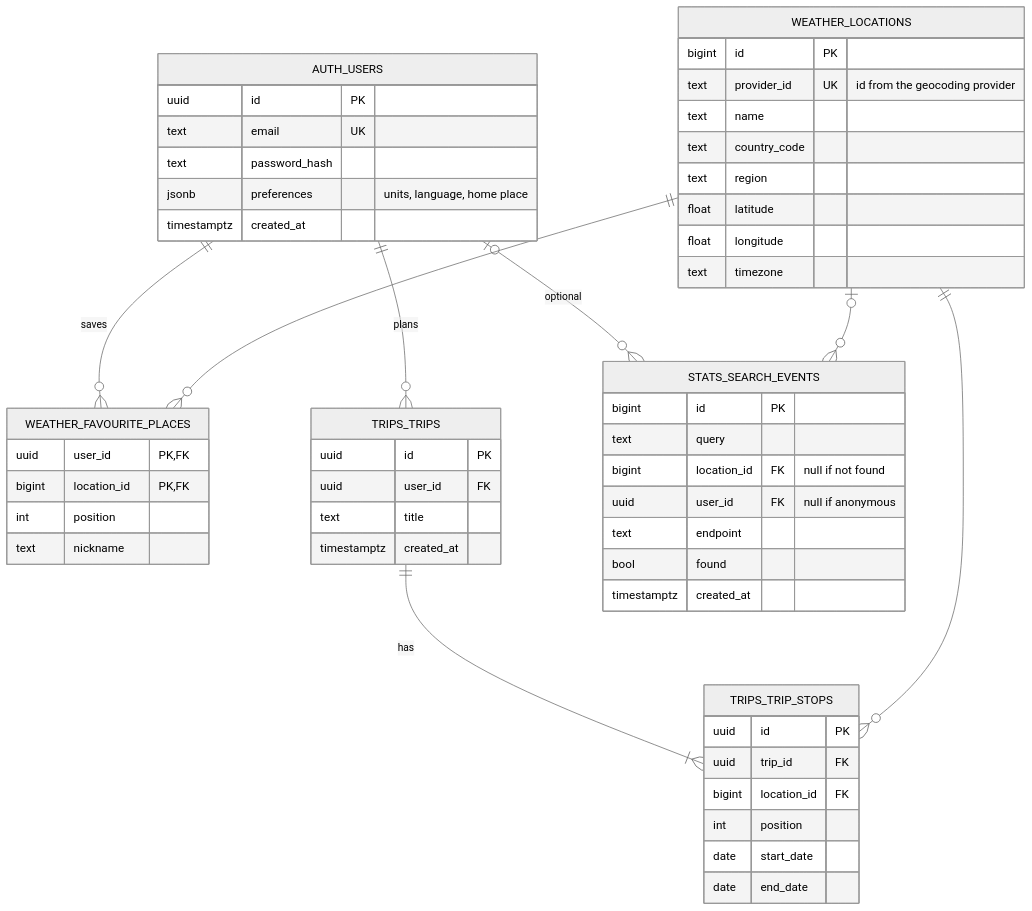
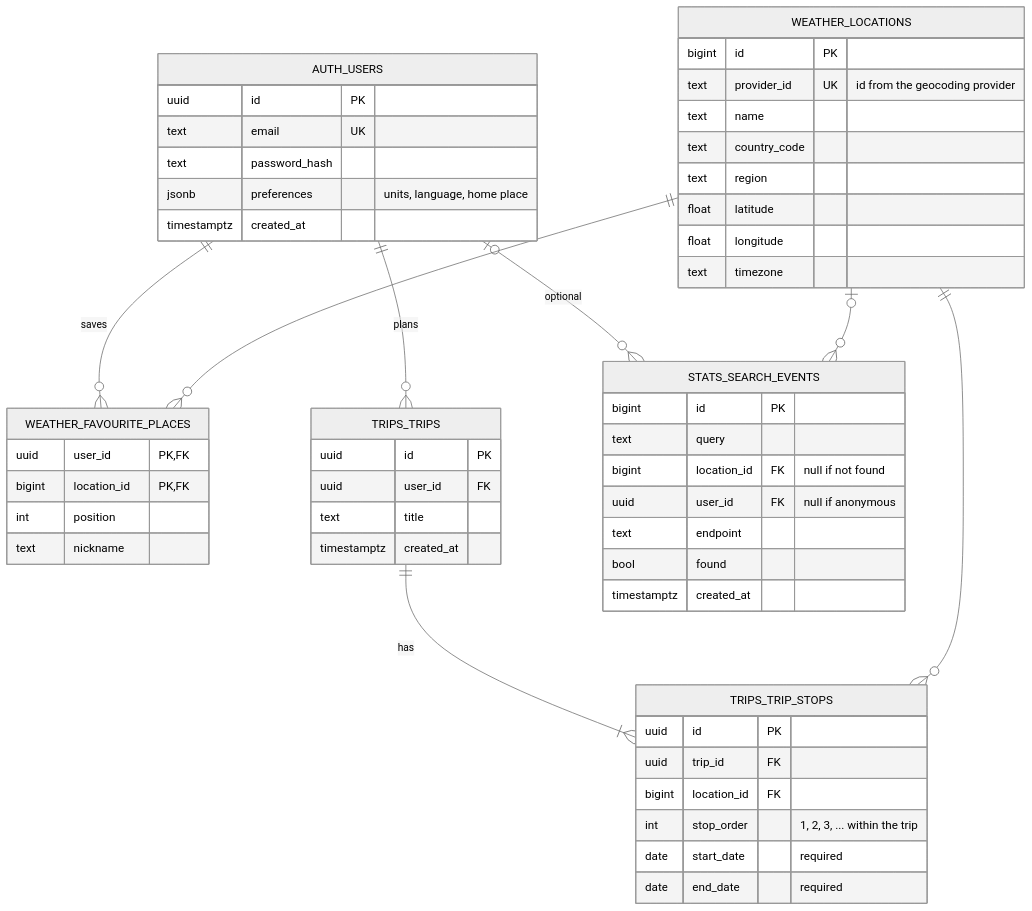
The seventh of 9 diagrams in ARCHITECTURE.md (loktiyur/weather_forecaster), drawn with Mermaid (neutral theme) before and after one commit. The commit also changed other lines of this file and 5 other files, not shown here.

````diff
--- a/ARCHITECTURE.md
+++ b/ARCHITECTURE.md
@@ -471,57 +471,57 @@
 ```mermaid
 erDiagram
     AUTH_USERS ||--o{ WEATHER_FAVOURITE_PLACES : saves
     AUTH_USERS ||--o{ TRIPS_TRIPS : plans
     AUTH_USERS |o--o{ STATS_SEARCH_EVENTS : "optional"
     TRIPS_TRIPS ||--|{ TRIPS_TRIP_STOPS : has
     WEATHER_LOCATIONS ||--o{ WEATHER_FAVOURITE_PLACES : ""
     WEATHER_LOCATIONS ||--o{ TRIPS_TRIP_STOPS : ""
     WEATHER_LOCATIONS |o--o{ STATS_SEARCH_EVENTS : ""
 
     AUTH_USERS {
         uuid id PK
         text email UK
         text password_hash
         jsonb preferences "units, language, home place"
         timestamptz created_at
     }
     WEATHER_LOCATIONS {
         bigint id PK
         text provider_id UK "id from the geocoding provider"
         text name
         text country_code
         text region
         float latitude
         float longitude
         text timezone
     }
     WEATHER_FAVOURITE_PLACES {
         uuid user_id PK, FK
         bigint location_id PK, FK
         int position
         text nickname
     }
     TRIPS_TRIPS {
         uuid id PK
         uuid user_id FK
         text title
         timestamptz created_at
     }
     TRIPS_TRIP_STOPS {
         uuid id PK
         uuid trip_id FK
         bigint location_id FK
-        int position
-        date start_date
-        date end_date
+        int stop_order "1, 2, 3, ... within the trip"
+        date start_date "required"
+        date end_date "required"
     }
     STATS_SEARCH_EVENTS {
         bigint id PK
         text query
         bigint location_id FK "null if not found"
         uuid user_id FK "null if anonymous"
         text endpoint
         bool found
         timestamptz created_at
     }
 ```
````
